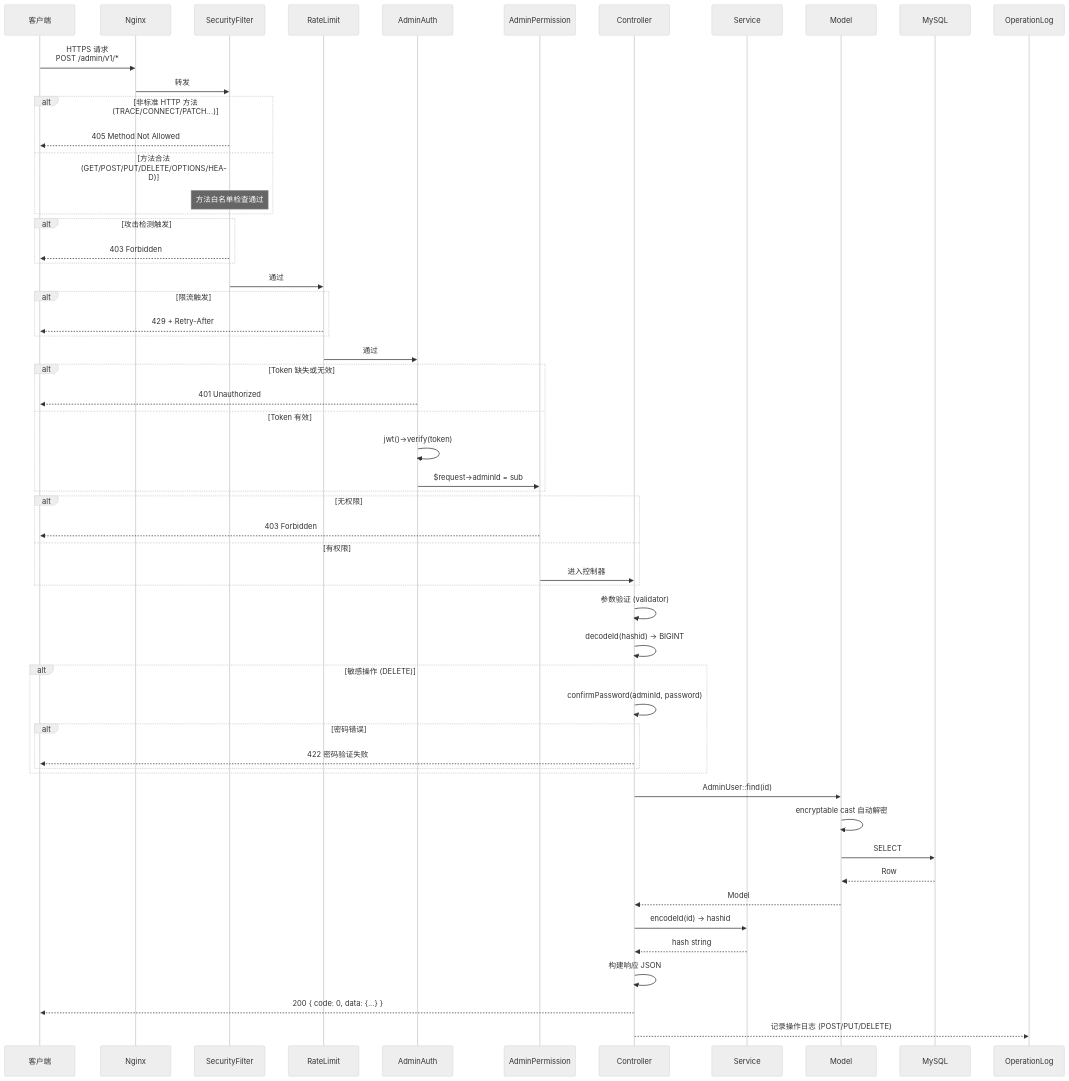
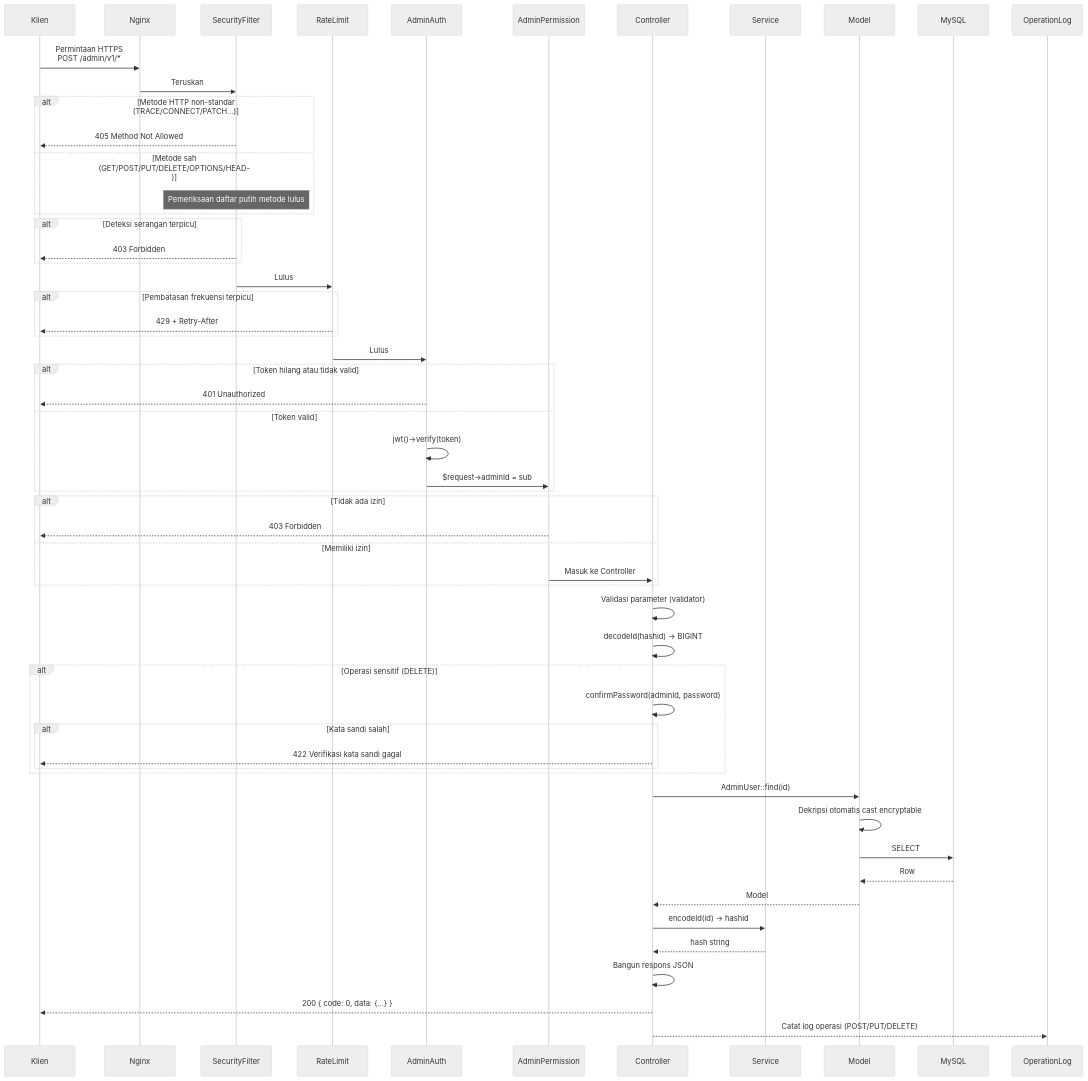
Before and after one commit to erikwang2013/game-platform-php: the third of 14 diagrams in admin/docs/ARCHITECTURE.id.md, drawn with Mermaid (neutral theme). The commit also changed other lines of this file and 211 other files, not shown here.

First line of the commit message:
fix: 支付配置读回类型根治、提现事件对账巡检，12 语族 mermaid 与 API 标签本地化

````diff
--- a/admin/docs/ARCHITECTURE.id.md
+++ b/admin/docs/ARCHITECTURE.id.md
@@ -153,71 +153,71 @@
 ```mermaid
 sequenceDiagram
-    participant C as 客户端
+    participant C as Klien
     participant N as Nginx
     participant MW_SF as SecurityFilter
     participant MW_RL as RateLimit
     participant MW1 as AdminAuth
     participant MW2 as AdminPermission
     participant CTL as Controller
     participant SVC as Service
     participant MDL as Model
     participant DB as MySQL
     participant OPLOG as OperationLog
 
-    C->>N: HTTPS 请求<br/>POST /admin/v1/*
-    N->>MW_SF: 转发
+    C->>N: Permintaan HTTPS<br/>POST /admin/v1/*
+    N->>MW_SF: Teruskan
 
-    alt 非标准 HTTP 方法 (TRACE/CONNECT/PATCH...)
+    alt Metode HTTP non-standar (TRACE/CONNECT/PATCH...)
         MW_SF-->>C: 405 Method Not Allowed
-    else 方法合法 (GET/POST/PUT/DELETE/OPTIONS/HEAD)
-        Note over MW_SF: 方法白名单检查通过
+    else Metode sah (GET/POST/PUT/DELETE/OPTIONS/HEAD)
+        Note over MW_SF: Pemeriksaan daftar putih metode lulus
     end
 
-    alt 攻击检测触发
+    alt Deteksi serangan terpicu
         MW_SF-->>C: 403 Forbidden
     end
 
-    MW_SF->>MW_RL: 通过
+    MW_SF->>MW_RL: Lulus
 
-    alt 限流触发
+    alt Pembatasan frekuensi terpicu
         MW_RL-->>C: 429 + Retry-After
     end
 
-    MW_RL->>MW1: 通过
+    MW_RL->>MW1: Lulus
 
-    alt Token 缺失或无效
+    alt Token hilang atau tidak valid
         MW1-->>C: 401 Unauthorized
-    else Token 有效
+    else Token valid
         MW1->>MW1: jwt()->verify(token)
         MW1->>MW2: $request->adminId = sub
     end
 
-    alt 无权限
+    alt Tidak ada izin
         MW2-->>C: 403 Forbidden
-    else 有权限
-        MW2->>CTL: 进入控制器
+    else Memiliki izin
+        MW2->>CTL: Masuk ke Controller
     end
 
-    CTL->>CTL: 参数验证 (validator)
+    CTL->>CTL: Validasi parameter (validator)
     CTL->>CTL: decodeId(hashid) → BIGINT
 
-    alt 敏感操作 (DELETE)
+    alt Operasi sensitif (DELETE)
         CTL->>CTL: confirmPassword(adminId, password)
-        alt 密码错误
-            CTL-->>C: 422 密码验证失败
+        alt Kata sandi salah
+            CTL-->>C: 422 Verifikasi kata sandi gagal
         end
     end
 
     CTL->>MDL: AdminUser::find(id)
-    MDL->>MDL: encryptable cast 自动解密
+    MDL->>MDL: Dekripsi otomatis cast encryptable
     MDL->>DB: SELECT
     DB-->>MDL: Row
     MDL-->>CTL: Model
 
     CTL->>SVC: encodeId(id) → hashid
     SVC-->>CTL: hash string
 
-    CTL->>CTL: 构建响应 JSON
+    CTL->>CTL: Bangun respons JSON
     CTL-->>C: 200 { code: 0, data: {...} }
-    CTL-->>OPLOG: 记录操作日志 (POST/PUT/DELETE)
+    CTL-->>OPLOG: Catat log operasi (POST/PUT/DELETE)
 ```
````
